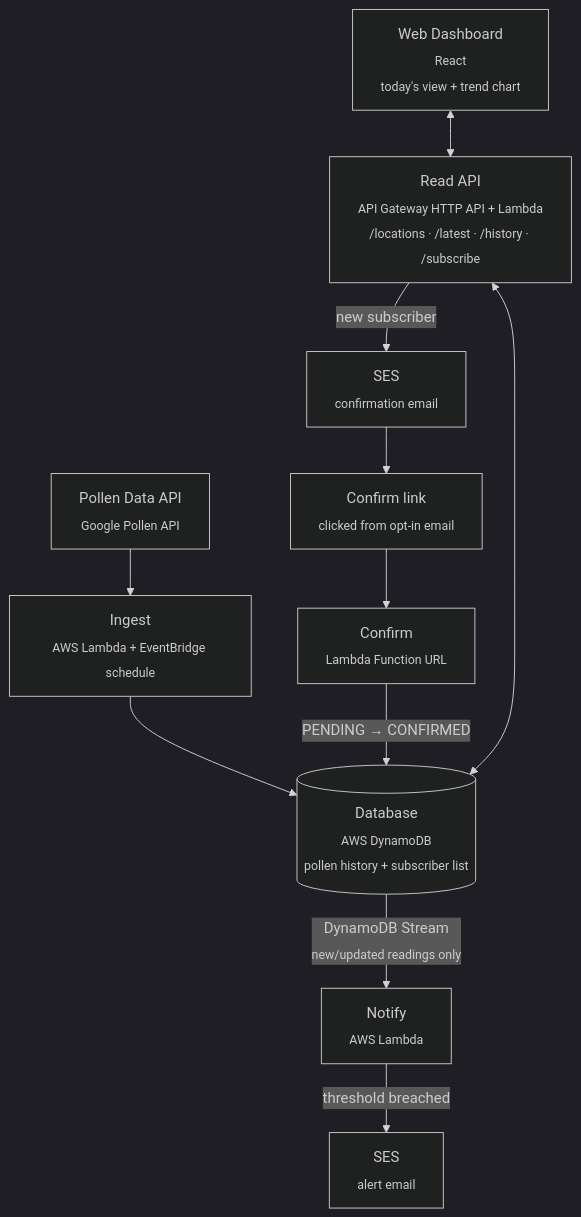
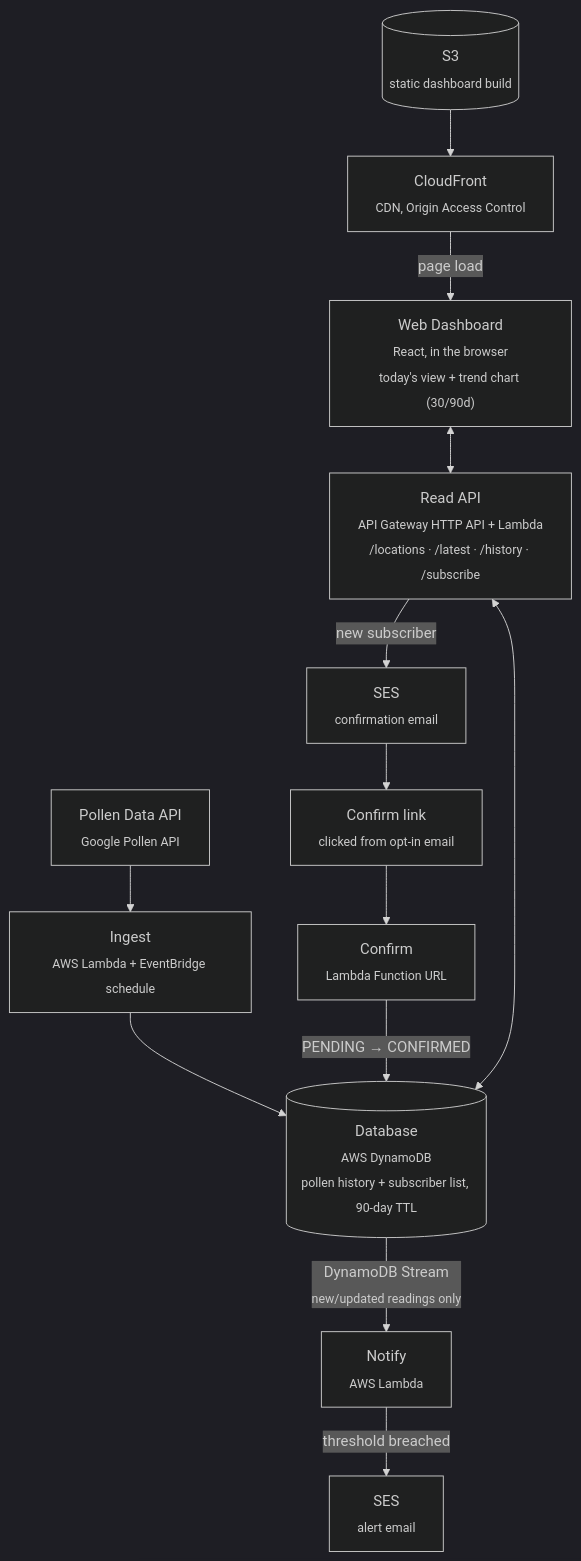
One commit to YoelYonata/AllergyTracker changed the diagram in README.MD. Above: the diagram before and after it, drawn with Mermaid (dark theme). The commit also changed other lines of this file and 10 other files, not shown here.

Commit message:
feat: implement history range selection and retention for trend chart and update related configurations

````diff
--- a/README.MD
+++ b/README.MD
@@ -23,13 +28,15 @@
 ```mermaid
 flowchart TD
     A["Pollen Data API<br/><sub>Google Pollen API</sub>"] --> B["Ingest<br/><sub>AWS Lambda + EventBridge schedule</sub>"]
-    B --> C[("Database<br/><sub>AWS DynamoDB</sub><br/><sub>pollen history + subscriber list</sub>")]
+    B --> C[("Database<br/><sub>AWS DynamoDB</sub><br/><sub>pollen history + subscriber list, 90-day TTL</sub>")]
     C -- "DynamoDB Stream<br/><sub>new/updated readings only</sub>" --> N["Notify<br/><sub>AWS Lambda</sub>"]
     N -- "threshold breached" --> S["SES<br/><sub>alert email</sub>"]
     F["Confirm link<br/><sub>clicked from opt-in email</sub>"] --> G["Confirm<br/><sub>Lambda Function URL</sub>"]
     G -- "PENDING &rarr; CONFIRMED" --> C
-    D["Web Dashboard<br/><sub>React</sub><br/><sub>today's view + trend chart</sub>"] <--> R["Read API<br/><sub>API Gateway HTTP API + Lambda</sub><br/><sub>/locations · /latest · /history · /subscribe</sub>"]
+    HOST[("S3<br/><sub>static dashboard build</sub>")] --> CF["CloudFront<br/><sub>CDN, Origin Access Control</sub>"]
+    CF -- "page load" --> D["Web Dashboard<br/><sub>React, in the browser</sub><br/><sub>today's view + trend chart (30/90d)</sub>"]
+    D <--> R["Read API<br/><sub>API Gateway HTTP API + Lambda</sub><br/><sub>/locations · /latest · /history · /subscribe</sub>"]
     R <--> C
     R -- "new subscriber" --> S2["SES<br/><sub>confirmation email</sub>"]
     S2 --> F
 ```
````
